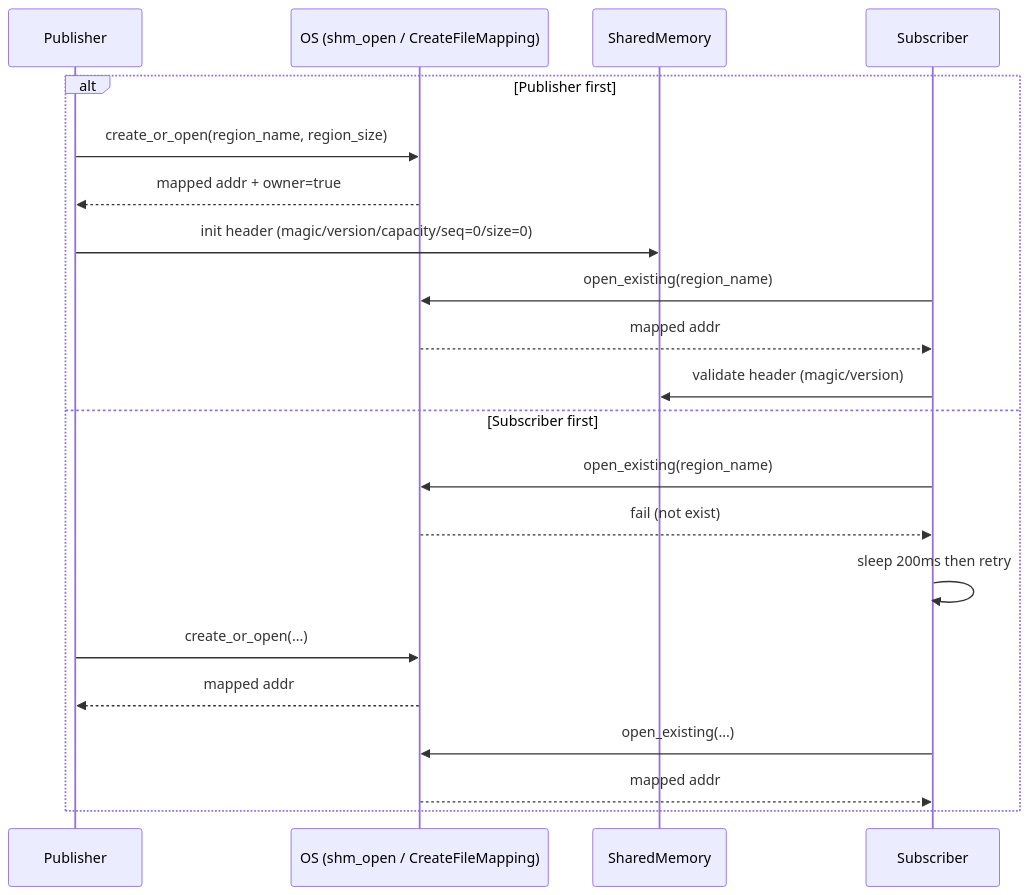
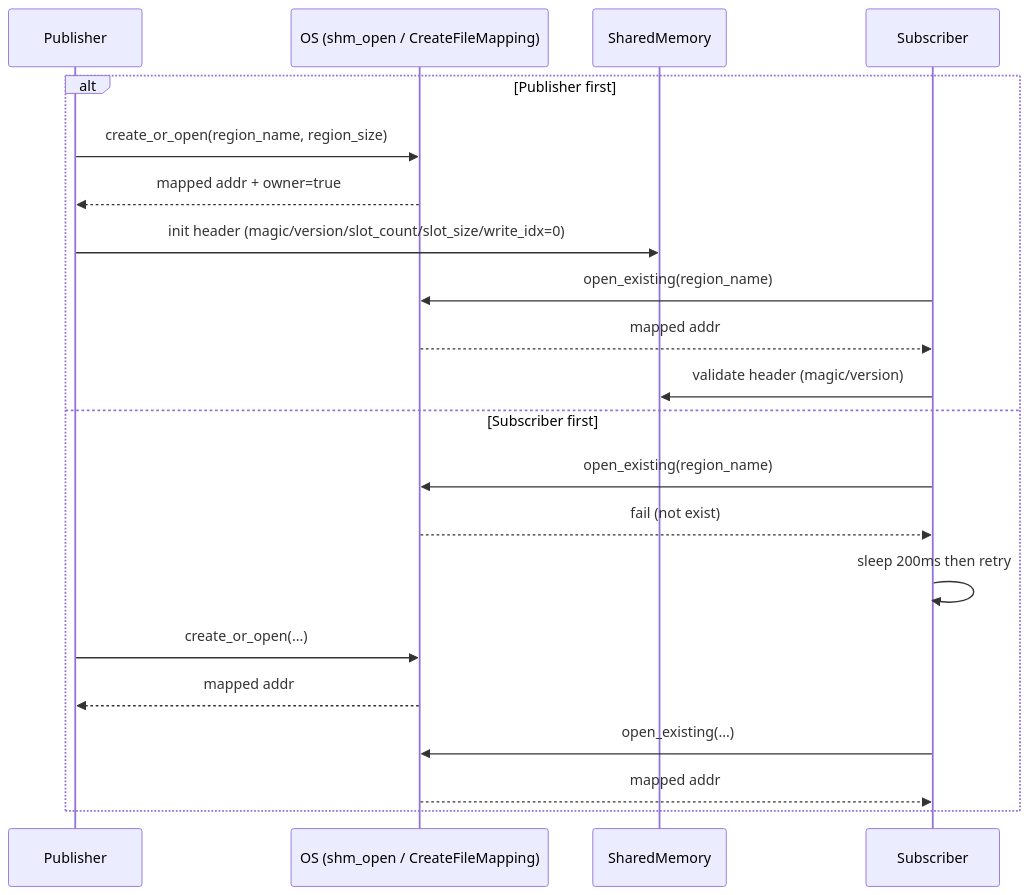
One commit to ccbunao/pubsub changed the first of 2 diagrams in docs/shm_pubsub.md. Above: the diagram before and after it, drawn with Mermaid. The commit also changed other lines of this file and 32 other files, not shown here.

````diff
--- a/docs/shm_pubsub.md
+++ b/docs/shm_pubsub.md
@@ -87,24 +87,24 @@
 ```mermaid
 sequenceDiagram
   participant Pub as Publisher
   participant OS as OS (shm_open / CreateFileMapping)
   participant Shm as SharedMemory
   participant Sub as Subscriber
 
   alt Publisher first
     Pub->>OS: create_or_open(region_name, region_size)
     OS-->>Pub: mapped addr + owner=true
-    Pub->>Shm: init header (magic/version/capacity/seq=0/size=0)
+    Pub->>Shm: init header (magic/version/slot_count/slot_size/write_idx=0)
     Sub->>OS: open_existing(region_name)
     OS-->>Sub: mapped addr
     Sub->>Shm: validate header (magic/version)
   else Subscriber first
     Sub->>OS: open_existing(region_name)
     OS-->>Sub: fail (not exist)
     Sub->>Sub: sleep 200ms then retry
     Pub->>OS: create_or_open(...)
     OS-->>Pub: mapped addr
     Sub->>OS: open_existing(...)
     OS-->>Sub: mapped addr
   end
 ```
````
